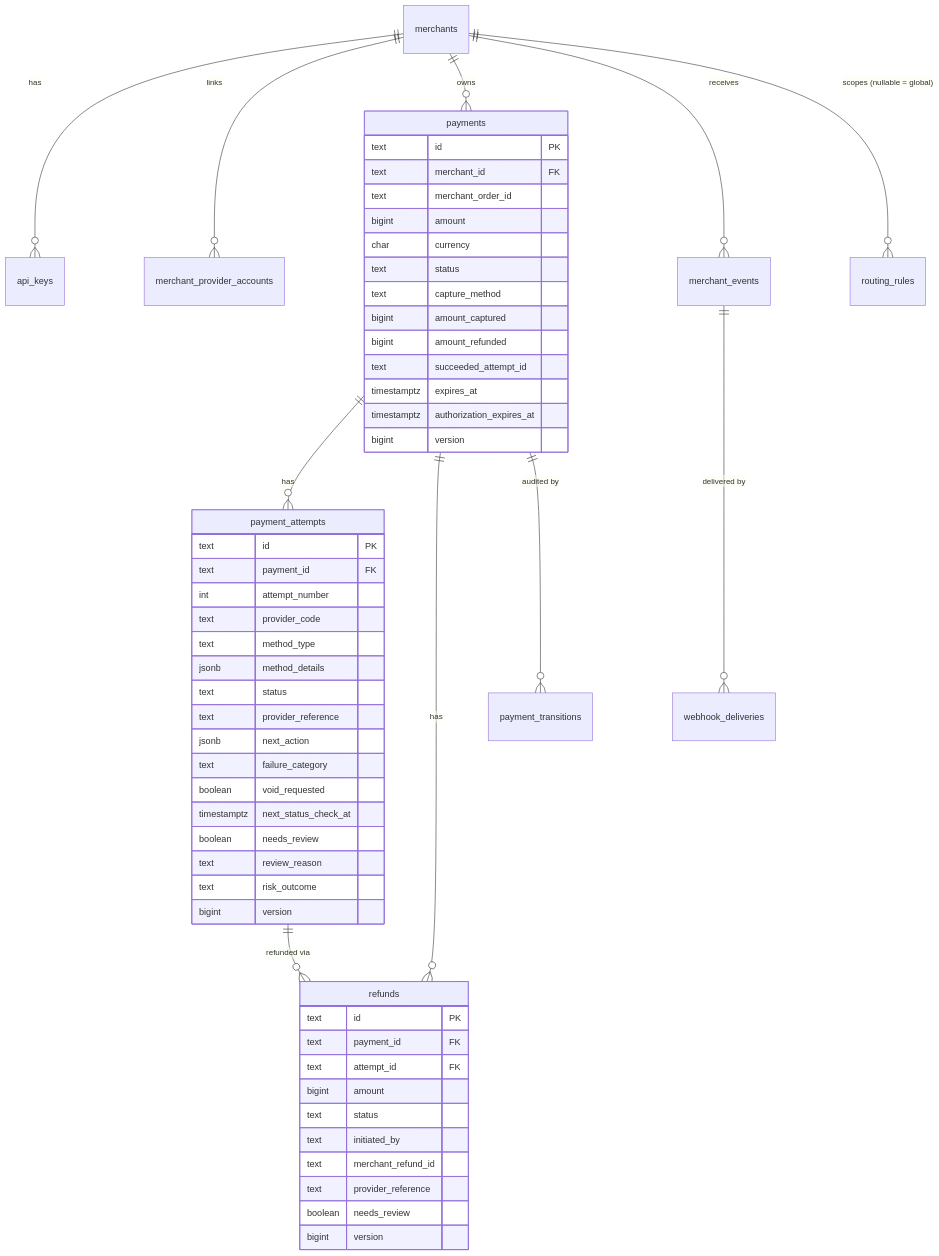
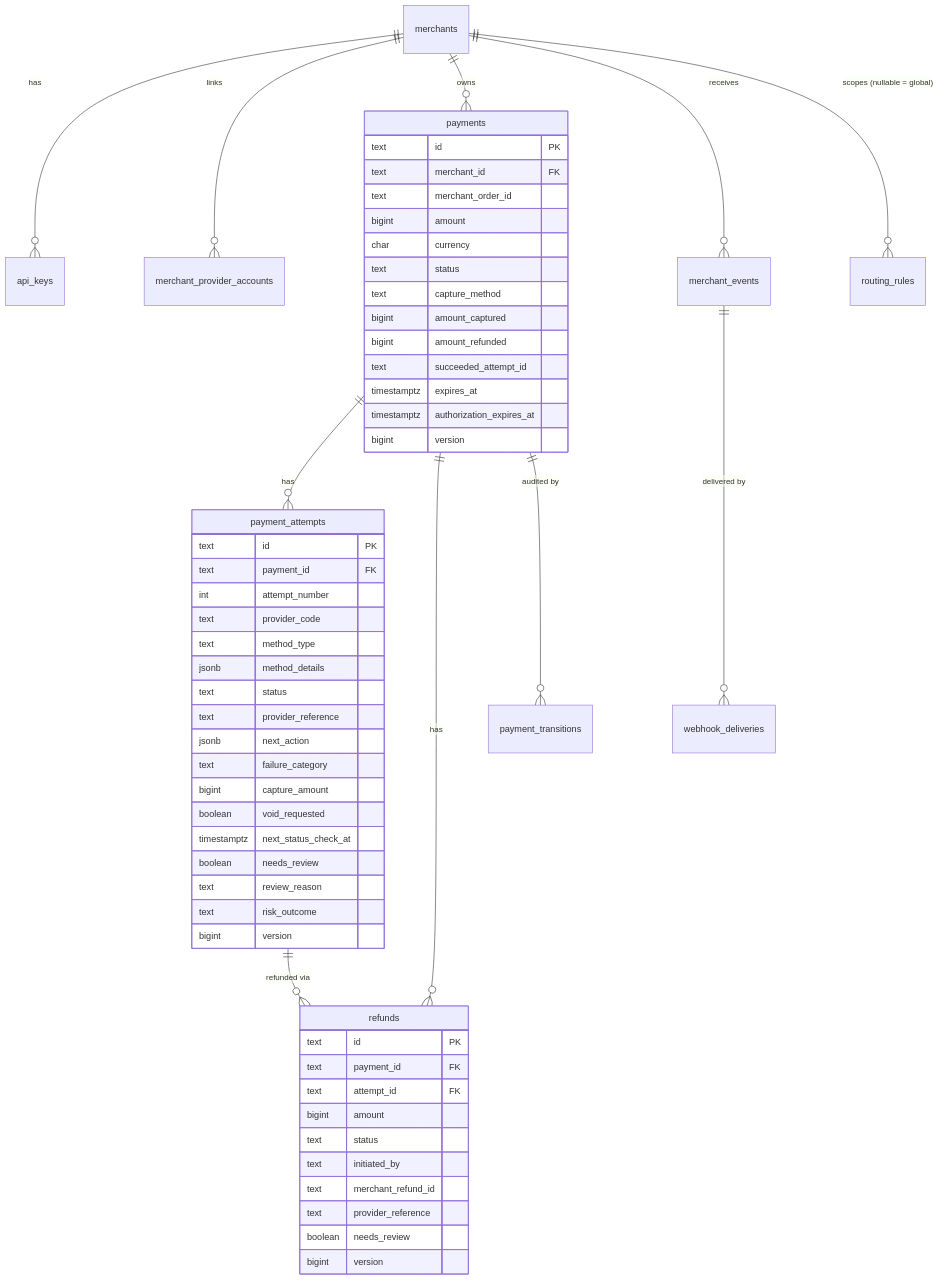
The sixth of 9 diagrams in docs/low-level-design.md (Deepika-1201/Payment-Orchestrator), drawn with Mermaid before and after one commit. The commit also changed other lines of this file and 27 other files, not shown here.

First line of the commit message:
Phase 19: partial capture up to the authorized amount on PSPs that support it (ADR-036)

````diff
--- a/docs/low-level-design.md
+++ b/docs/low-level-design.md
@@ -561,59 +562,60 @@
 ```mermaid
 erDiagram
     merchants ||--o{ api_keys : has
     merchants ||--o{ merchant_provider_accounts : links
     merchants ||--o{ payments : owns
     payments ||--o{ payment_attempts : has
     payments ||--o{ refunds : has
     payment_attempts ||--o{ refunds : "refunded via"
     payments ||--o{ payment_transitions : "audited by"
     merchants ||--o{ merchant_events : receives
     merchant_events ||--o{ webhook_deliveries : "delivered by"
     merchants ||--o{ routing_rules : "scopes (nullable = global)"
 
     payments {
         text id PK
         text merchant_id FK
         text merchant_order_id
         bigint amount
         char currency
         text status
         text capture_method
         bigint amount_captured
         bigint amount_refunded
         text succeeded_attempt_id
         timestamptz expires_at
         timestamptz authorization_expires_at
         bigint version
     }
     payment_attempts {
         text id PK
         text payment_id FK
         int attempt_number
         text provider_code
         text method_type
         jsonb method_details
         text status
         text provider_reference
         jsonb next_action
         text failure_category
+        bigint capture_amount
         boolean void_requested
         timestamptz next_status_check_at
         boolean needs_review
         text review_reason
         text risk_outcome
         bigint version
     }
     refunds {
         text id PK
         text payment_id FK
         text attempt_id FK
         bigint amount
         text status
         text initiated_by
         text merchant_refund_id
         text provider_reference
         boolean needs_review
         bigint version
     }
 ```
````
